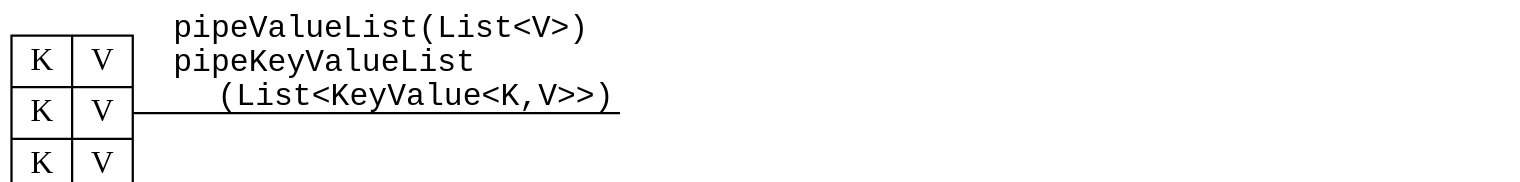
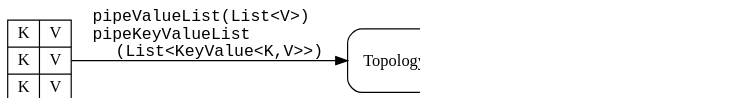
Before and after one commit to inponomarev/kstreams-testing-pitfalls: the sixth of 28 diagrams in slides/src/main/asciidoc/lecture.adoc, drawn with Graphviz. The commit also changed other lines of this file and 1 other file, not shown here.

Commit message:
diagram tweaks

```diff
--- a/slides/src/main/asciidoc/lecture.adoc
+++ b/slides/src/main/asciidoc/lecture.adoc
@@ -257,12 +258,12 @@
 [graphviz,"pipelist.png"]
 ----
 digraph G {
   rankdir="LR";
-  graph [ dpi = 180 ];
+  graph [ dpi = 130 ];
   source [shape=record;label="{K|V}|{K|V}|{K|V}"];
-  processor [shape="septagon"; label="\nTopology\n "];
+  processor [shape="box"; style="rounded"; label="\nTopology\n "];
   sink [shape=record;label="{K|V}|{K|V}|{K|V}"];
   source->processor[label="pipeValueList(List<V>)\lpipeKeyValueList\l   (List<KeyValue<K,V>>)";fontname="Courier"];
   processor->sink[label="readValuesToList()\lreadKeyValuesToList()\lreadKeyValuesToMap()";fontname="Courier"];
 }
 ----
```
